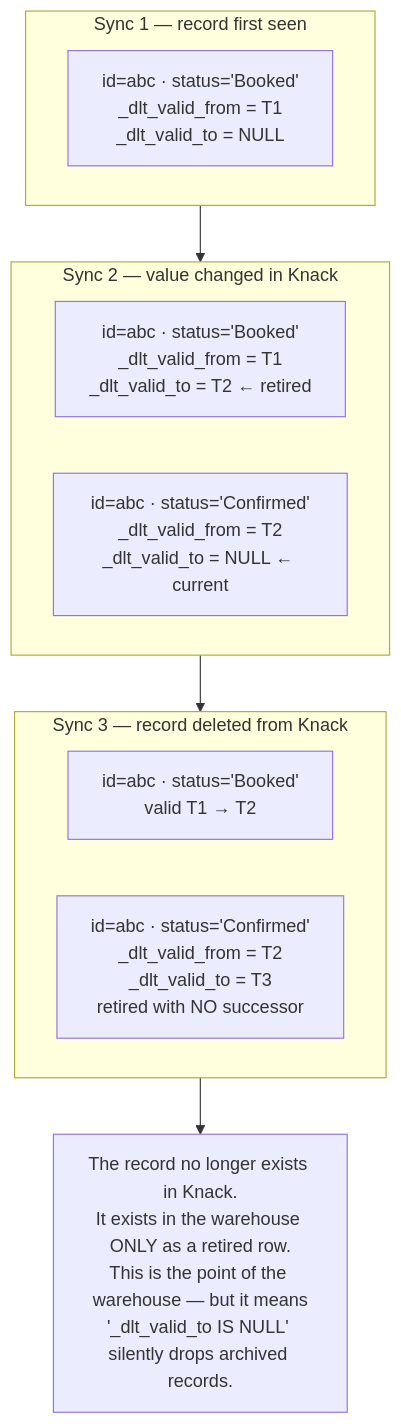
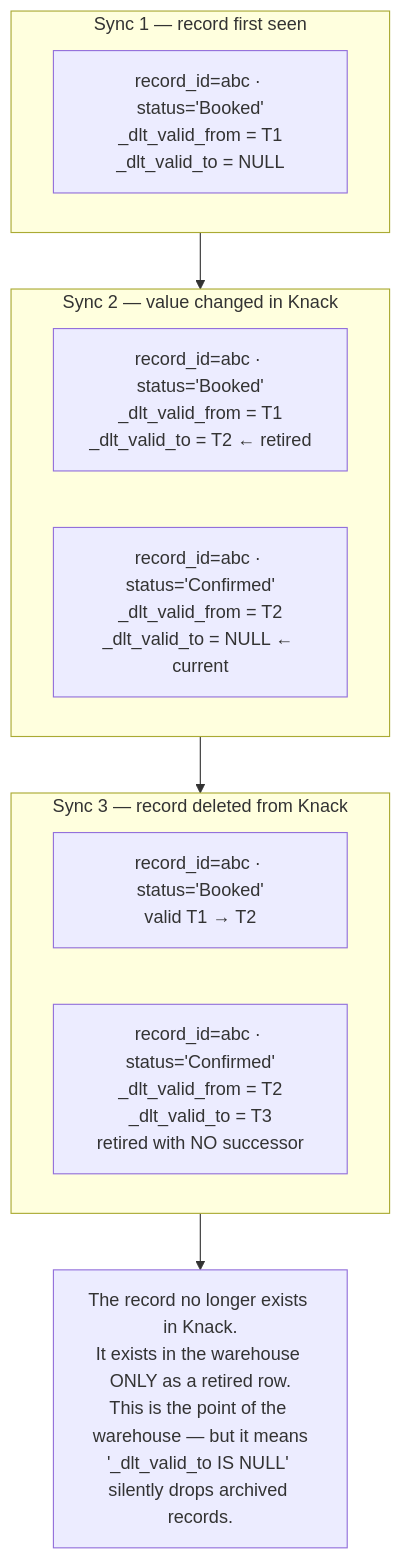
One commit to mcmasty/knack-elt changed the fifth of 5 diagrams in docs/ARCHITECTURE.md. Above: the diagram before and after it, drawn with Mermaid. The commit also changed other lines of this file and 10 other files, not shown here.

````diff
--- a/docs/ARCHITECTURE.md
+++ b/docs/ARCHITECTURE.md
@@ -317,20 +335,20 @@
 ```mermaid
 flowchart TB
     subgraph run1["Sync 1 — record first seen"]
-        a1["id=abc · status='Booked'<br/>_dlt_valid_from = T1<br/>_dlt_valid_to = NULL"]
+        a1["record_id=abc · status='Booked'<br/>_dlt_valid_from = T1<br/>_dlt_valid_to = NULL"]
     end
 
     subgraph run2["Sync 2 — value changed in Knack"]
-        b1["id=abc · status='Booked'<br/>_dlt_valid_from = T1<br/>_dlt_valid_to = T2 ← retired"]
-        b2["id=abc · status='Confirmed'<br/>_dlt_valid_from = T2<br/>_dlt_valid_to = NULL ← current"]
+        b1["record_id=abc · status='Booked'<br/>_dlt_valid_from = T1<br/>_dlt_valid_to = T2 ← retired"]
+        b2["record_id=abc · status='Confirmed'<br/>_dlt_valid_from = T2<br/>_dlt_valid_to = NULL ← current"]
     end
 
     subgraph run3["Sync 3 — record deleted from Knack"]
-        c1["id=abc · status='Booked'<br/>valid T1 → T2"]
-        c2["id=abc · status='Confirmed'<br/>_dlt_valid_from = T2<br/>_dlt_valid_to = T3<br/>retired with NO successor"]
+        c1["record_id=abc · status='Booked'<br/>valid T1 → T2"]
+        c2["record_id=abc · status='Confirmed'<br/>_dlt_valid_from = T2<br/>_dlt_valid_to = T3<br/>retired with NO successor"]
     end
 
     run1 --> run2 --> run3
 
     run3 --> deleted_note["The record no longer exists in Knack.<br/>It exists in the warehouse ONLY as a retired row.<br/>This is the point of the warehouse — but it means<br/>'_dlt_valid_to IS NULL' silently drops archived records."]
 ```
````
